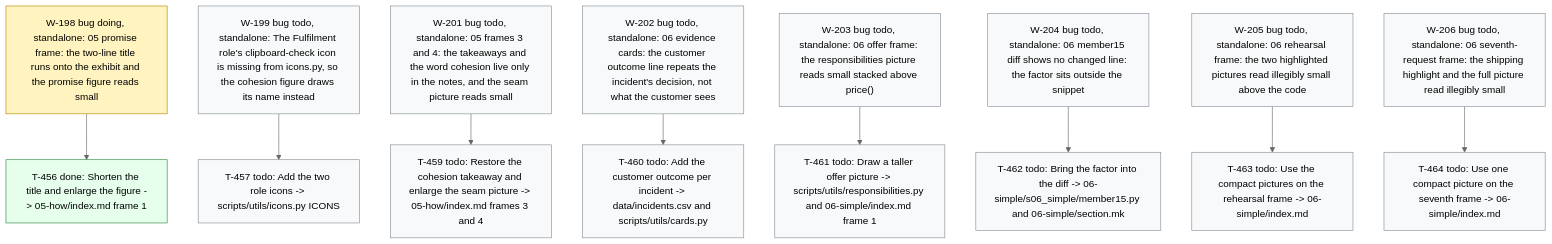
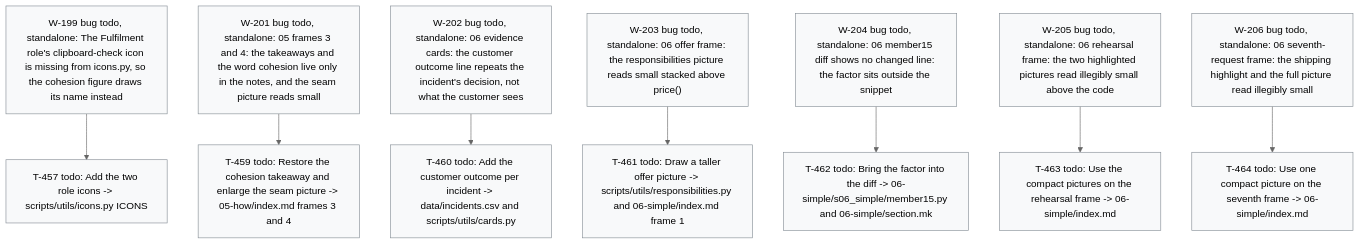
One commit to dpopchev/chaos-to-simple changed the diagram in .board/BOARD.md. Above: the diagram before and after it, drawn with Mermaid (neutral theme). The commit also changed other lines of this file and 3 other files, not shown here.

````diff
--- a/.board/BOARD.md
+++ b/.board/BOARD.md
@@ -1179,27 +1184,23 @@
 ```mermaid
 flowchart TD
-  W198["W-198 bug doing, standalone: 05 promise frame: the two-line title runs onto the exhibit and the promise figure reads small"]
-  W198 --> T456["T-456 done: Shorten the title and enlarge the figure -> 05-how/index.md frame 1"]
   W199["W-199 bug todo, standalone: The Fulfilment role's clipboard-check icon is missing from icons.py, so the cohesion figure draws its name instead"]
   W199 --> T457["T-457 todo: Add the two role icons -> scripts/utils/icons.py ICONS"]
   W201["W-201 bug todo, standalone: 05 frames 3 and 4: the takeaways and the word cohesion live only in the notes, and the seam picture reads small"]
   W201 --> T459["T-459 todo: Restore the cohesion takeaway and enlarge the seam picture -> 05-how/index.md frames 3 and 4"]
   W202["W-202 bug todo, standalone: 06 evidence cards: the customer outcome line repeats the incident's decision, not what the customer sees"]
   W202 --> T460["T-460 todo: Add the customer outcome per incident -> data/incidents.csv and scripts/utils/cards.py"]
   W203["W-203 bug todo, standalone: 06 offer frame: the responsibilities picture reads small stacked above price()"]
   W203 --> T461["T-461 todo: Draw a taller offer picture -> scripts/utils/responsibilities.py and 06-simple/index.md frame 1"]
   W204["W-204 bug todo, standalone: 06 member15 diff shows no changed line: the factor sits outside the snippet"]
   W204 --> T462["T-462 todo: Bring the factor into the diff -> 06-simple/s06_simple/member15.py and 06-simple/section.mk"]
   W205["W-205 bug todo, standalone: 06 rehearsal frame: the two highlighted pictures read illegibly small above the code"]
   W205 --> T463["T-463 todo: Use the compact pictures on the rehearsal frame -> 06-simple/index.md"]
   W206["W-206 bug todo, standalone: 06 seventh-request frame: the shipping highlight and the full picture read illegibly small"]
   W206 --> T464["T-464 todo: Use one compact picture on the seventh frame -> 06-simple/index.md"]
   classDef doing fill:#fff3bf,stroke:#b58900,color:#000;
   classDef blocked fill:#ffe3e3,stroke:#c92a2a,color:#000;
   classDef done fill:#e6ffed,stroke:#2b8a3e,color:#000;
   classDef todo fill:#f8f9fa,stroke:#868e96,color:#000;
   classDef pruned fill:#f1f3f5,stroke:#adb5bd,color:#000;
-  class W198 doing
-  class T456 done
   class W199,T457,W201,T459,W202,T460,W203,T461,W204,T462,W205,T463,W206,T464 todo
 ```
````
